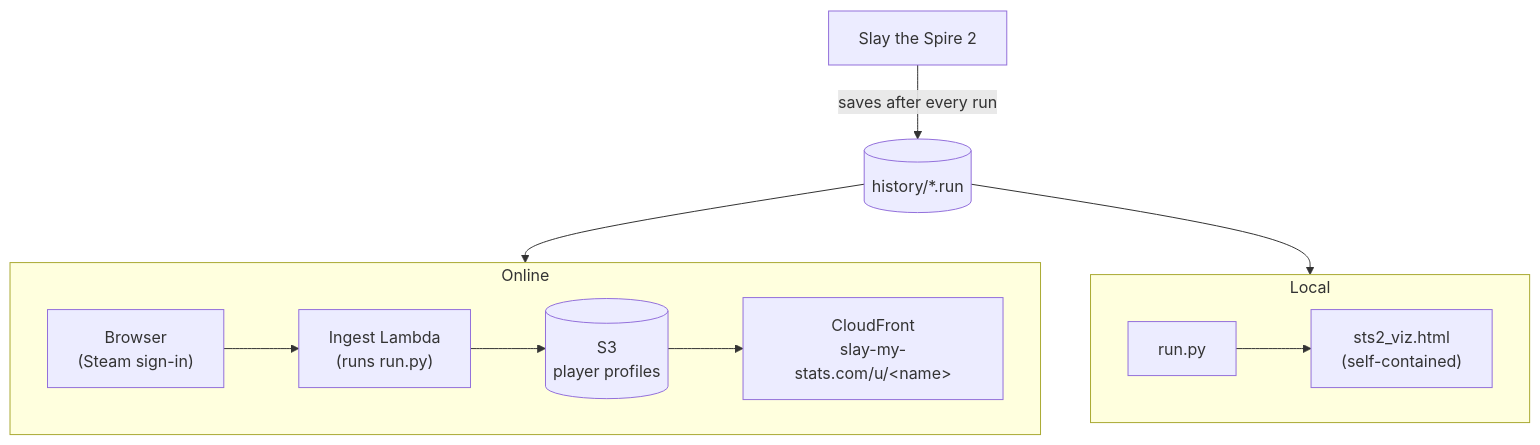
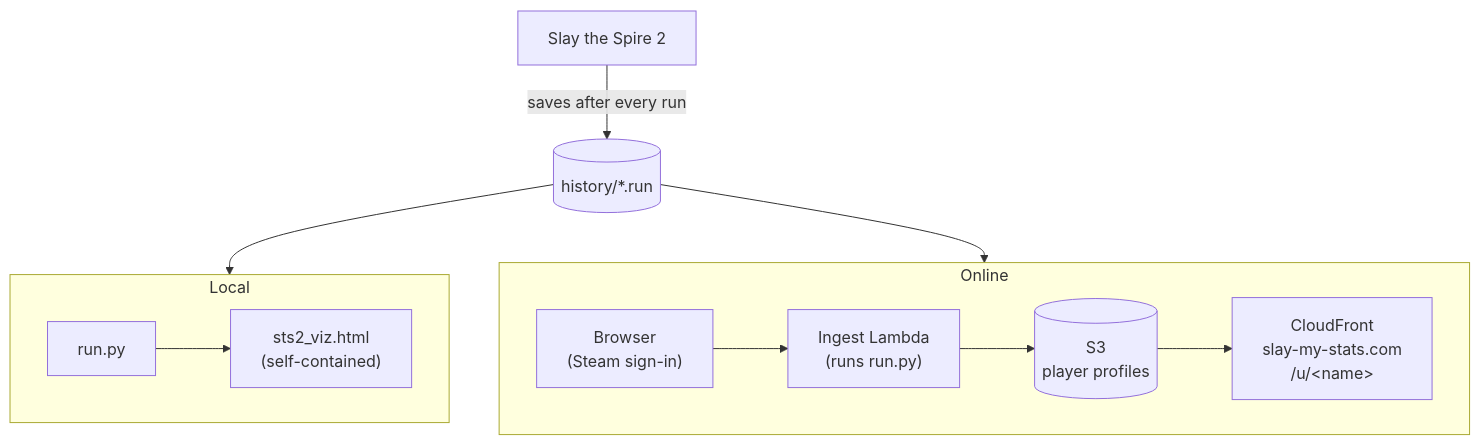
One commit to johnstonjesse329/slay-my-stats changed the first of 6 diagrams in README.md. Above: the diagram before and after it, drawn with Mermaid.

Commit message:
README: arrows into the Local/Online boxes no longer cross their titles
Point the edges at the subgraphs rather than their first nodes, which also
lets each box lay out left to right. Mermaid strips &lt;name&gt;, so use
its #lt;/#gt; escapes.

````diff
--- a/README.md
+++ b/README.md
@@ -102,19 +102,19 @@
 ```mermaid
 flowchart TB
     game["Slay the Spire 2"] -- "saves after every run" --> runs[("history/*.run")]
 
     subgraph local["Local"]
         direction LR
         runpy["run.py"] --> html["sts2_viz.html<br/>(self-contained)"]
     end
 
     subgraph online["Online"]
         direction LR
         upload["Browser<br/>(Steam sign-in)"] --> lambda["Ingest Lambda<br/>(runs run.py)"]
         lambda --> s3[("S3<br/>player profiles")]
-        s3 --> cf["CloudFront<br/>slay-my-stats.com/u/&lt;name&gt;"]
+        s3 --> cf["CloudFront<br/>slay-my-stats.com<br/>/u/#lt;name#gt;"]
     end
 
-    runs --> runpy
-    runs --> upload
+    runs --> local
+    runs --> online
 ```
````
